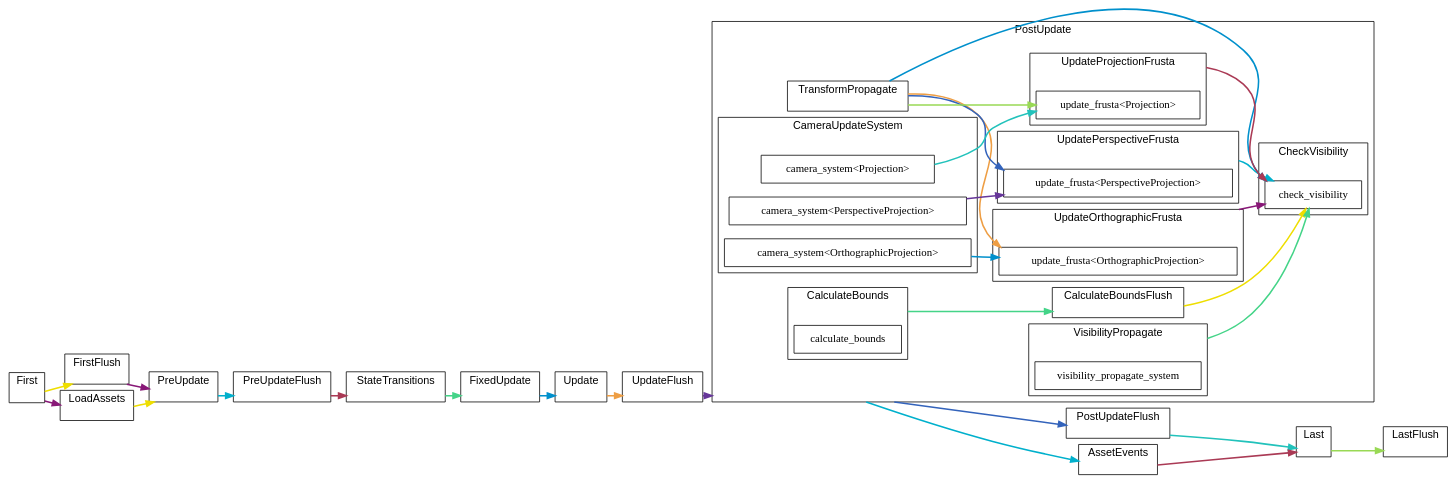
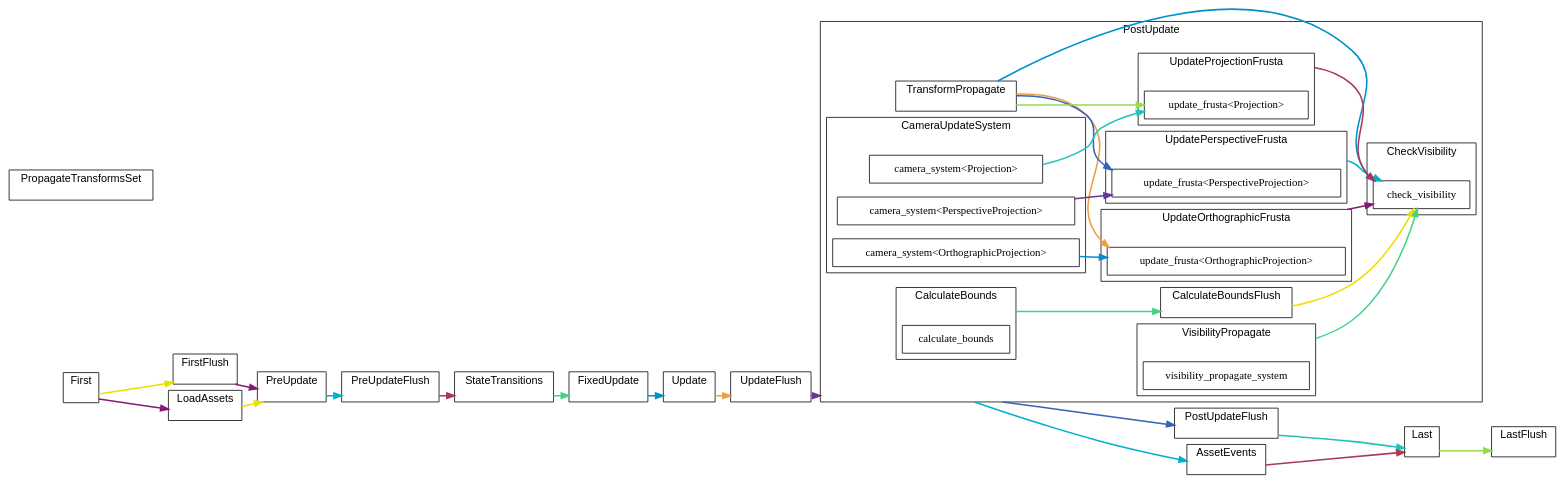
One commit to jakobhellermann/bevy_mod_debugdump changed the diagram in docs/schedule/by-crate/light/schedule_Main_bevy_render.dot. Above: the diagram before and after it, drawn with Graphviz. The commit also changed 79 other files, not shown here.

```diff
--- a/docs/schedule/by-crate/light/schedule_Main_bevy_render.dot
+++ b/docs/schedule/by-crate/light/schedule_Main_bevy_render.dot
@@ -100,76 +100,76 @@
 			"set_marker_node_Set(20)" ["style"="invis", "label"="", "height"="0", "shape"="point"]
 		}
 		
-		subgraph "clusternode_Set(76)" {
+		subgraph "clusternode_Set(77)" {
 			"label"="CameraUpdateSystem";
 			"tooltip"="CameraUpdateSystem";
 			"bgcolor"="white";
 			"color"="black";
-			"set_marker_node_Set(76)" ["style"="invis", "label"="", "height"="0", "shape"="point"]
+			"set_marker_node_Set(77)" ["style"="invis", "label"="", "height"="0", "shape"="point"]
 			"node_System(63)" ["label"="camera_system<Projection>", "tooltip"="bevy_render::camera::camera::camera_system<bevy_render::camera::projection::Projection>"]
 			"node_System(64)" ["label"="camera_system<OrthographicProjection>", "tooltip"="bevy_render::camera::camera::camera_system<bevy_render::camera::projection::OrthographicProjection>"]
 			"node_System(65)" ["label"="camera_system<PerspectiveProjection>", "tooltip"="bevy_render::camera::camera::camera_system<bevy_render::camera::projection::PerspectiveProjection>"]
 		}
 		
-		subgraph "clusternode_Set(80)" {
+		subgraph "clusternode_Set(81)" {
 			"label"="CalculateBounds";
 			"tooltip"="CalculateBounds";
 			"bgcolor"="white";
 			"color"="black";
-			"set_marker_node_Set(80)" ["style"="invis", "label"="", "height"="0", "shape"="point"]
+			"set_marker_node_Set(81)" ["style"="invis", "label"="", "height"="0", "shape"="point"]
 			"node_System(67)" ["label"="calculate_bounds", "tooltip"="bevy_render::view::visibility::calculate_bounds"]
 		}
 		
-		subgraph "clusternode_Set(81)" {
+		subgraph "clusternode_Set(82)" {
 			"label"="CalculateBoundsFlush";
 			"tooltip"="CalculateBoundsFlush";
 			"bgcolor"="white";
 			"color"="black";
-			"set_marker_node_Set(81)" ["style"="invis", "label"="", "height"="0", "shape"="point"]
+			"set_marker_node_Set(82)" ["style"="invis", "label"="", "height"="0", "shape"="point"]
 		}
 		
-		subgraph "clusternode_Set(82)" {
+		subgraph "clusternode_Set(83)" {
 			"label"="UpdateOrthographicFrusta";
 			"tooltip"="UpdateOrthographicFrusta";
 			"bgcolor"="white";
 			"color"="black";
-			"set_marker_node_Set(82)" ["style"="invis", "label"="", "height"="0", "shape"="point"]
+			"set_marker_node_Set(83)" ["style"="invis", "label"="", "height"="0", "shape"="point"]
 			"node_System(68)" ["label"="update_frusta<OrthographicProjection>", "tooltip"="bevy_render::view::visibility::update_frusta<bevy_render::camera::projection::OrthographicProjection>"]
 		}
 		
-		subgraph "clusternode_Set(83)" {
+		subgraph "clusternode_Set(84)" {
 			"label"="UpdatePerspectiveFrusta";
 			"tooltip"="UpdatePerspectiveFrusta";
 			"bgcolor"="white";
 			"color"="black";
-			"set_marker_node_Set(83)" ["style"="invis", "label"="", "height"="0", "shape"="point"]
+			"set_marker_node_Set(84)" ["style"="invis", "label"="", "height"="0", "shape"="point"]
 			"node_System(69)" ["label"="update_frusta<PerspectiveProjection>", "tooltip"="bevy_render::view::visibility::update_frusta<bevy_render::camera::projection::PerspectiveProjection>"]
 		}
 		
-		subgraph "clusternode_Set(84)" {
+		subgraph "clusternode_Set(85)" {
 			"label"="UpdateProjectionFrusta";
 			"tooltip"="UpdateProjectionFrusta";
 			"bgcolor"="white";
 			"color"="black";
-			"set_marker_node_Set(84)" ["style"="invis", "label"="", "height"="0", "shape"="point"]
+			"set_marker_node_Set(85)" ["style"="invis", "label"="", "height"="0", "shape"="point"]
 			"node_System(70)" ["label"="update_frusta<Projection>", "tooltip"="bevy_render::view::visibility::update_frusta<bevy_render::camera::projection::Projection>"]
 		}
 		
-		subgraph "clusternode_Set(85)" {
+		subgraph "clusternode_Set(86)" {
 			"label"="CheckVisibility";
 			"tooltip"="CheckVisibility";
 			"bgcolor"="white";
 			"color"="black";
-			"set_marker_node_Set(85)" ["style"="invis", "label"="", "height"="0", "shape"="point"]
+			"set_marker_node_Set(86)" ["style"="invis", "label"="", "height"="0", "shape"="point"]
 			"node_System(72)" ["label"="check_visibility", "tooltip"="bevy_render::view::visibility::check_visibility"]
 		}
 		
-		subgraph "clusternode_Set(86)" {
+		subgraph "clusternode_Set(87)" {
 			"label"="VisibilityPropagate";
 			"tooltip"="VisibilityPropagate";
 			"bgcolor"="white";
 			"color"="black";
-			"set_marker_node_Set(86)" ["style"="invis", "label"="", "height"="0", "shape"="point"]
+			"set_marker_node_Set(87)" ["style"="invis", "label"="", "height"="0", "shape"="point"]
 			"node_System(71)" ["label"="visibility_propagate_system", "tooltip"="bevy_render::view::visibility::visibility_propagate_system"]
 		}
 		
@@ -183,20 +183,28 @@
 		"set_marker_node_Set(12)" ["style"="invis", "label"="", "height"="0", "shape"="point"]
 	}
 	
-	subgraph "clusternode_Set(58)" {
+	subgraph "clusternode_Set(22)" {
+		"label"="PropagateTransformsSet";
+		"tooltip"="PropagateTransformsSet";
+		"bgcolor"="white";
+		"color"="black";
+		"set_marker_node_Set(22)" ["style"="invis", "label"="", "height"="0", "shape"="point"]
+	}
+	
+	subgraph "clusternode_Set(59)" {
 		"label"="LoadAssets";
 		"tooltip"="LoadAssets";
 		"bgcolor"="white";
 		"color"="black";
-		"set_marker_node_Set(58)" ["style"="invis", "label"="", "height"="0", "shape"="point"]
+		"set_marker_node_Set(59)" ["style"="invis", "label"="", "height"="0", "shape"="point"]
 	}
 	
-	subgraph "clusternode_Set(59)" {
+	subgraph "clusternode_Set(60)" {
 		"label"="AssetEvents";
 		"tooltip"="AssetEvents";
 		"bgcolor"="white";
 		"color"="black";
-		"set_marker_node_Set(59)" ["style"="invis", "label"="", "height"="0", "shape"="point"]
+		"set_marker_node_Set(60)" ["style"="invis", "label"="", "height"="0", "shape"="point"]
 	}
 	
 	"set_marker_node_Set(7)" -> "set_marker_node_Set(2)" ["lhead"="clusternode_Set(2)", "ltail"="clusternode_Set(7)", "tooltip"="First → FirstFlush", "color"="#eede00"]
@@ -210,21 +218,21 @@
 	"set_marker_node_Set(11)" -> "set_marker_node_Set(5)" ["lhead"="clusternode_Set(5)", "ltail"="clusternode_Set(11)", "tooltip"="PostUpdate → PostUpdateFlush", "color"="#3363bb"]
 	"set_marker_node_Set(5)" -> "set_marker_node_Set(12)" ["lhead"="clusternode_Set(12)", "ltail"="clusternode_Set(5)", "tooltip"="PostUpdateFlush → Last", "color"="#22c2bb"]
 	"set_marker_node_Set(12)" -> "set_marker_node_Set(6)" ["lhead"="clusternode_Set(6)", "ltail"="clusternode_Set(12)", "tooltip"="Last → LastFlush", "color"="#99d955"]
-	"set_marker_node_Set(58)" -> "set_marker_node_Set(8)" ["lhead"="clusternode_Set(8)", "ltail"="clusternode_Set(58)", "tooltip"="LoadAssets → PreUpdate", "color"="#eede00"]
-	"set_marker_node_Set(7)" -> "set_marker_node_Set(58)" ["lhead"="clusternode_Set(58)", "ltail"="clusternode_Set(7)", "tooltip"="First → LoadAssets", "color"="#881877"]
-	"set_marker_node_Set(11)" -> "set_marker_node_Set(59)" ["lhead"="clusternode_Set(59)", "ltail"="clusternode_Set(11)", "tooltip"="PostUpdate → AssetEvents", "color"="#00b0cc"]
-	"set_marker_node_Set(59)" -> "set_marker_node_Set(12)" ["lhead"="clusternode_Set(12)", "ltail"="clusternode_Set(59)", "tooltip"="AssetEvents → Last", "color"="#aa3a55"]
-	"set_marker_node_Set(80)" -> "set_marker_node_Set(81)" ["lhead"="clusternode_Set(81)", "ltail"="clusternode_Set(80)", "tooltip"="CalculateBounds → CalculateBoundsFlush", "color"="#44d488"]
+	"set_marker_node_Set(59)" -> "set_marker_node_Set(8)" ["lhead"="clusternode_Set(8)", "ltail"="clusternode_Set(59)", "tooltip"="LoadAssets → PreUpdate", "color"="#eede00"]
+	"set_marker_node_Set(7)" -> "set_marker_node_Set(59)" ["lhead"="clusternode_Set(59)", "ltail"="clusternode_Set(7)", "tooltip"="First → LoadAssets", "color"="#881877"]
+	"set_marker_node_Set(11)" -> "set_marker_node_Set(60)" ["lhead"="clusternode_Set(60)", "ltail"="clusternode_Set(11)", "tooltip"="PostUpdate → AssetEvents", "color"="#00b0cc"]
+	"set_marker_node_Set(60)" -> "set_marker_node_Set(12)" ["lhead"="clusternode_Set(12)", "ltail"="clusternode_Set(60)", "tooltip"="AssetEvents → Last", "color"="#aa3a55"]
+	"set_marker_node_Set(81)" -> "set_marker_node_Set(82)" ["lhead"="clusternode_Set(82)", "ltail"="clusternode_Set(81)", "tooltip"="CalculateBounds → CalculateBoundsFlush", "color"="#44d488"]
 	"node_System(64)" -> "node_System(68)" ["lhead"="", "ltail"="", "tooltip"="SystemTypeSet(camera_system<OrthographicProjection>\") → update_frusta<OrthographicProjection>", "color"="#0090cc"]
 	"set_marker_node_Set(20)" -> "node_System(68)" ["lhead"="", "ltail"="clusternode_Set(20)", "tooltip"="TransformPropagate → update_frusta<OrthographicProjection>", "color"="#ee9e44"]
 	"node_System(65)" -> "node_System(69)" ["lhead"="", "ltail"="", "tooltip"="SystemTypeSet(camera_system<PerspectiveProjection>\") → update_frusta<PerspectiveProjection>", "color"="#663699"]
 	"set_marker_node_Set(20)" -> "node_System(69)" ["lhead"="", "ltail"="clusternode_Set(20)", "tooltip"="TransformPropagate → update_frusta<PerspectiveProjection>", "color"="#3363bb"]
 	"node_System(63)" -> "node_System(70)" ["lhead"="", "ltail"="", "tooltip"="SystemTypeSet(camera_system<Projection>\") → update_frusta<Projection>", "color"="#22c2bb"]
 	"set_marker_node_Set(20)" -> "node_System(70)" ["lhead"="", "ltail"="clusternode_Set(20)", "tooltip"="TransformPropagate → update_frusta<Projection>", "color"="#99d955"]
-	"set_marker_node_Set(81)" -> "node_System(72)" ["lhead"="", "ltail"="clusternode_Set(81)", "tooltip"="CalculateBoundsFlush → check_visibility", "color"="#eede00"]
-	"set_marker_node_Set(82)" -> "node_System(72)" ["lhead"="", "ltail"="clusternode_Set(82)", "tooltip"="UpdateOrthographicFrusta → check_visibility", "color"="#881877"]
-	"set_marker_node_Set(83)" -> "node_System(72)" ["lhead"="", "ltail"="clusternode_Set(83)", "tooltip"="UpdatePerspectiveFrusta → check_visibility", "color"="#00b0cc"]
-	"set_marker_node_Set(84)" -> "node_System(72)" ["lhead"="", "ltail"="clusternode_Set(84)", "tooltip"="UpdateProjectionFrusta → check_visibility", "color"="#aa3a55"]
-	"set_marker_node_Set(86)" -> "node_System(72)" ["lhead"="", "ltail"="clusternode_Set(86)", "tooltip"="VisibilityPropagate → check_visibility", "color"="#44d488"]
+	"set_marker_node_Set(82)" -> "node_System(72)" ["lhead"="", "ltail"="clusternode_Set(82)", "tooltip"="CalculateBoundsFlush → check_visibility", "color"="#eede00"]
+	"set_marker_node_Set(83)" -> "node_System(72)" ["lhead"="", "ltail"="clusternode_Set(83)", "tooltip"="UpdateOrthographicFrusta → check_visibility", "color"="#881877"]
+	"set_marker_node_Set(84)" -> "node_System(72)" ["lhead"="", "ltail"="clusternode_Set(84)", "tooltip"="UpdatePerspectiveFrusta → check_visibility", "color"="#00b0cc"]
+	"set_marker_node_Set(85)" -> "node_System(72)" ["lhead"="", "ltail"="clusternode_Set(85)", "tooltip"="UpdateProjectionFrusta → check_visibility", "color"="#aa3a55"]
+	"set_marker_node_Set(87)" -> "node_System(72)" ["lhead"="", "ltail"="clusternode_Set(87)", "tooltip"="VisibilityPropagate → check_visibility", "color"="#44d488"]
 	"set_marker_node_Set(20)" -> "node_System(72)" ["lhead"="", "ltail"="clusternode_Set(20)", "tooltip"="TransformPropagate → check_visibility", "color"="#0090cc"]
 }
```
